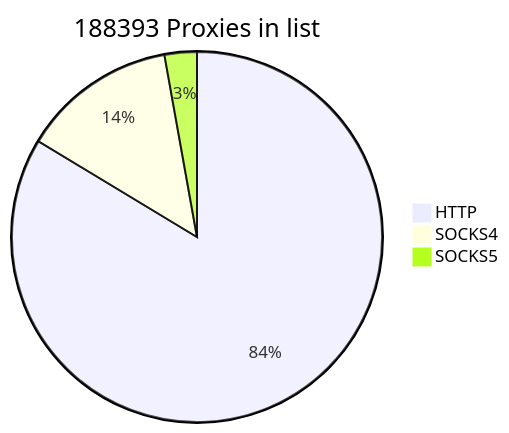
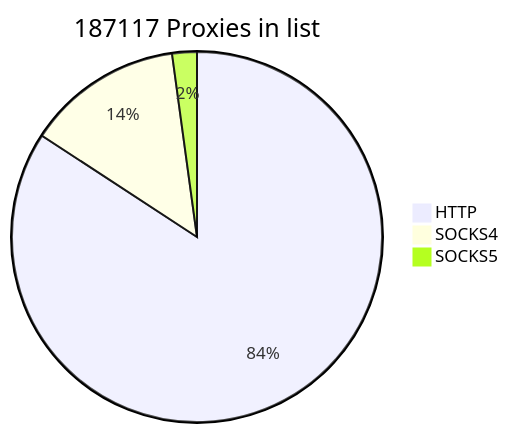
The first of 2 diagrams in README.md (cutipu/proxylist), drawn with Mermaid before and after one commit. The commit also changed other lines of this file, not shown here.

````diff
--- a/README.md
+++ b/README.md
@@ -2,7 +2,7 @@
 ```mermaid
-pie title 188393 Proxies in list
+pie title 187117 Proxies in list
     "HTTP" : 157577
     "SOCKS4" : 25500
-    "SOCKS5" : 5316
+    "SOCKS5" : 4040
             
 ```
````
